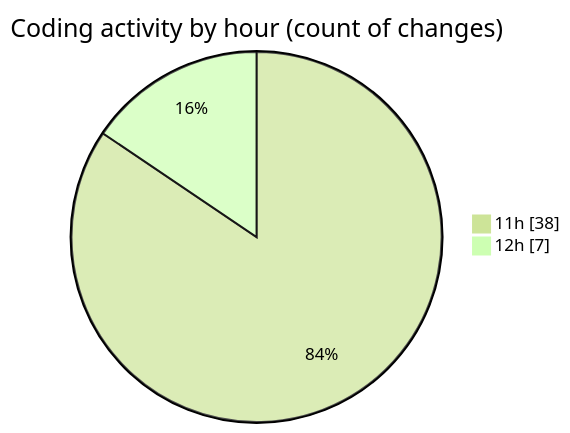
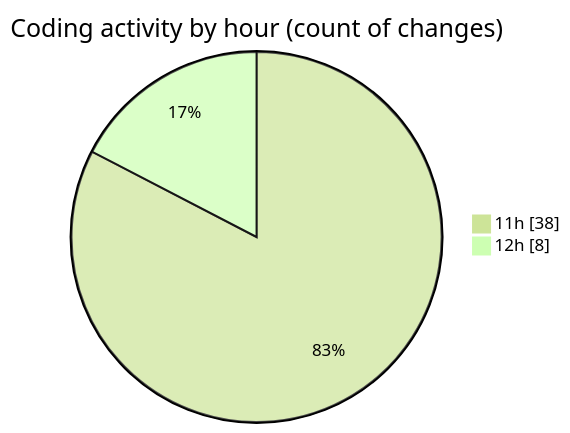
One commit to momahboobian/code-tracking changed the second of 2 diagrams in 2026-03-19/commonwealth-front-end-task/README.md. Above: the diagram before and after it, drawn with Mermaid (forest theme). The commit also changed other lines of this file and 1 other file, not shown here.

````diff
--- a/2026-03-19/commonwealth-front-end-task/README.md
+++ b/2026-03-19/commonwealth-front-end-task/README.md
@@ -37,6 +39,6 @@
 ```mermaid
 pie showData
 title Coding activity by hour (count of changes)
 "11h" : 38
-"12h" : 7
+"12h" : 8
 ```
````
